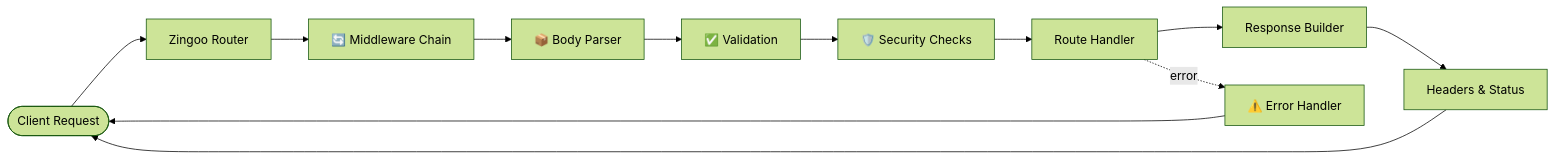
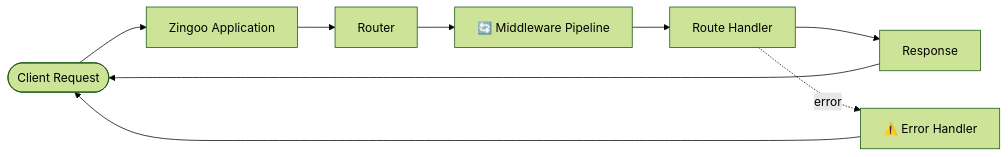
The diagram in README.md (Pranav-201/Zingoo-The_Future_Backend.), drawn with Mermaid (forest theme) before and after one commit. The commit also changed other lines of this file, not shown here.

````diff
--- a/README.md
+++ b/README.md
@@ -470,16 +457,13 @@
 ```mermaid
 flowchart LR
-    Client([Client Request]) --> Router[Zingoo Router]
-    Router --> Middleware[🔄 Middleware Chain]
-    Middleware --> Parser[📦 Body Parser]
-    Parser --> Validate[✅ Validation]
-    Validate --> Security[🛡️ Security Checks]
-    Security --> Handler[Route Handler]
-    Handler --> Response[Response Builder]
-    Response --> Headers[Headers & Status]
-    Headers --> Client
+    Client([Client Request]) --> App[Zingoo Application]
+    App --> Router[Router]
+    Router --> Middleware[🔄 Middleware Pipeline]
+    Middleware --> Handler[Route Handler]
+    Handler --> Response[Response]
+    Response --> Client
 
     Errors["⚠️ Error Handler"]
     Handler -.error.-> Errors
     Errors --> Client
 ```
````
